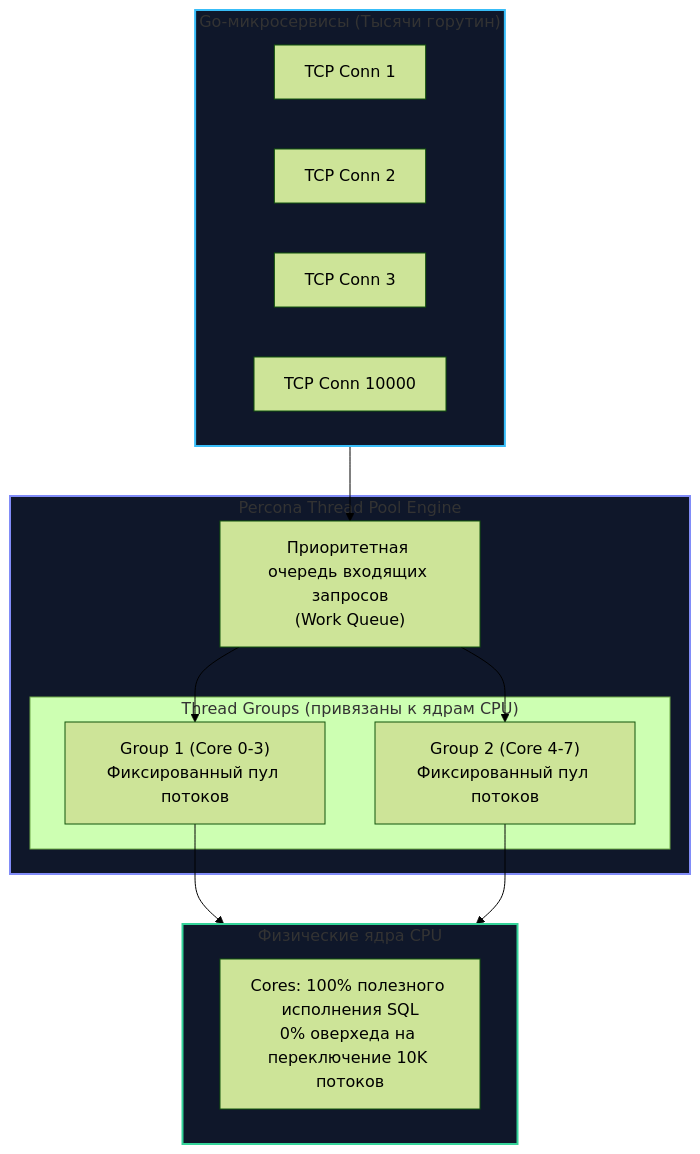
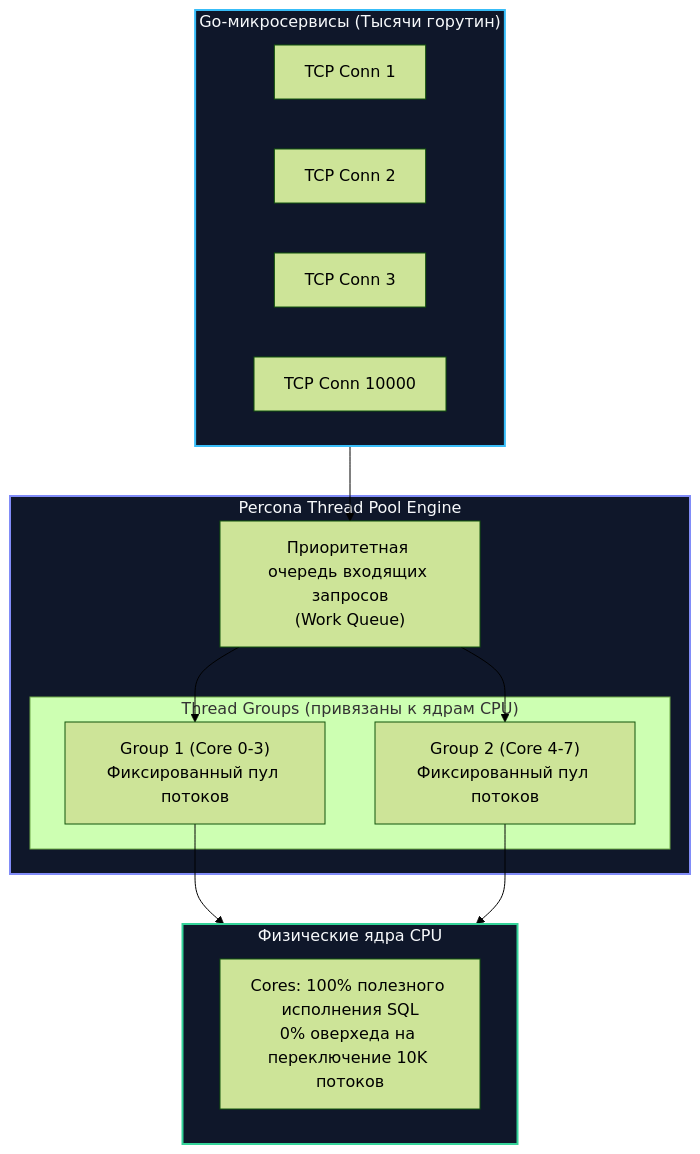
Before and after one commit to UnrealTemplier/go-textbook: the first of 2 diagrams in sources/12. Базы данных/07. MySQL и форки/7. Percona Server.md, drawn with Mermaid (forest theme). The commit also changed other lines of this file and 310 other files, not shown here.

First line of the commit message:
fix(mermaid): replace light fill colors with dark palette for readability on dark theme

````diff
--- a/sources/12. Базы данных/07. MySQL и форки/7. Percona Server.md
+++ b/sources/12. Базы данных/07. MySQL и форки/7. Percona Server.md
@@ -20,32 +20,32 @@
 ```mermaid
 flowchart TD
     subgraph Clients ["Go-микросервисы (Тысячи горутин)"]
         C1["TCP Conn 1"]
         C2["TCP Conn 2"]
         C3["TCP Conn 3"]
         CN["TCP Conn 10000"]
     end
 
     subgraph PerconaTP ["Percona Thread Pool Engine"]
         Queue["Приоритетная очередь входящих запросов<br>(Work Queue)"]
         
         subgraph Groups ["Thread Groups (привязаны к ядрам CPU)"]
             TG1["Group 1 (Core 0-3)<br>Фиксированный пул потоков"]
             TG2["Group 2 (Core 4-7)<br>Фиксированный пул потоков"]
         end
     end
 
     subgraph Hardware ["Физические ядра CPU"]
         CPU1["Cores: 100% полезного исполнения SQL<br>0% оверхеда на переключение 10K потоков"]
     end
 
     Clients --> Queue
     Queue --> TG1
     Queue --> TG2
     TG1 --> Hardware
     TG2 --> Hardware
 
-    style Clients fill:#0f172a,stroke:#38bdf8,stroke-width:2px
-    style PerconaTP fill:#0f172a,stroke:#818cf8,stroke-width:2px
-    style Hardware fill:#0f172a,stroke:#34d399,stroke-width:2px
+    style Clients fill:#0f172a,stroke:#38bdf8,stroke-width:2px,color:#f8fafc
+    style PerconaTP fill:#0f172a,stroke:#818cf8,stroke-width:2px,color:#f8fafc
+    style Hardware fill:#0f172a,stroke:#34d399,stroke-width:2px,color:#f8fafc
 ```
````
